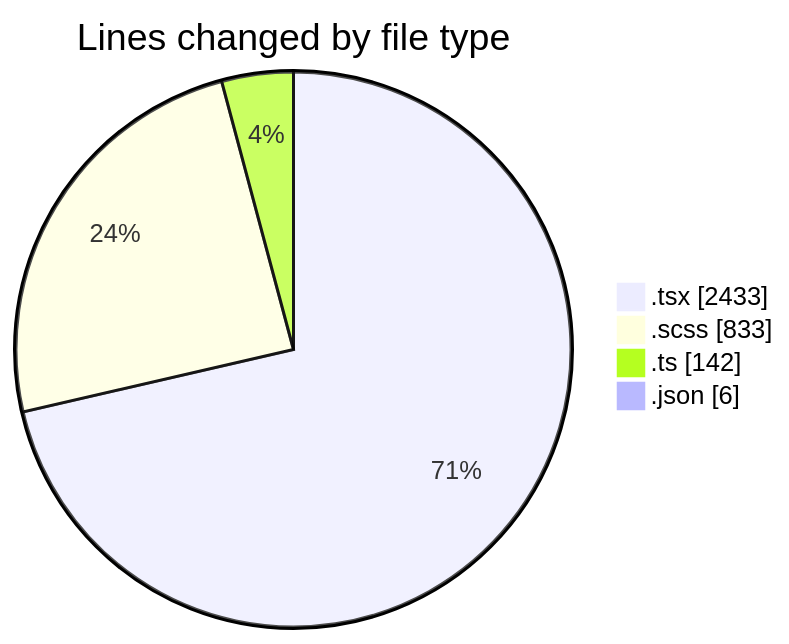
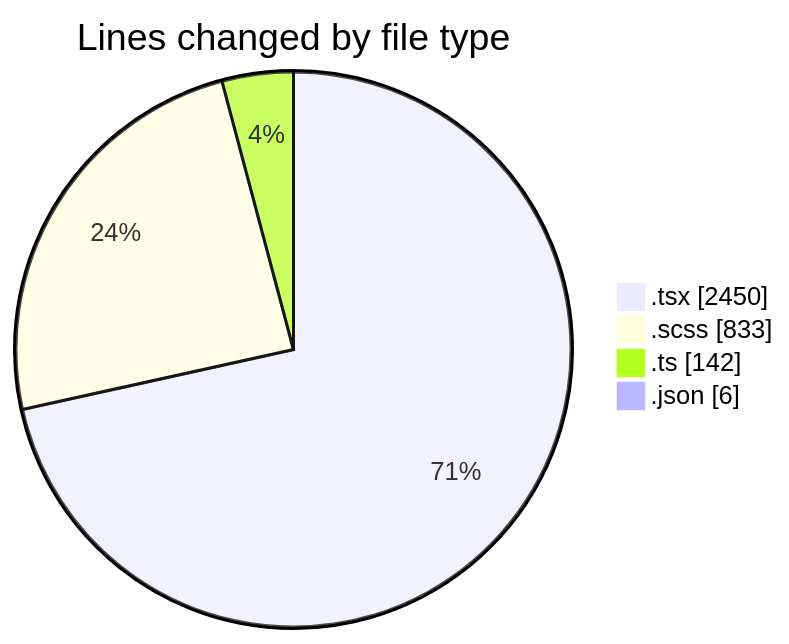
The first of 2 diagrams in 2025-10-06/cda/README.md (momahboobian/code-tracking), drawn with Mermaid before and after one commit. The commit also changed other lines of this file and 1 other file, not shown here.

````diff
--- a/2025-10-06/cda/README.md
+++ b/2025-10-06/cda/README.md
@@ -28,8 +28,8 @@
 ```mermaid
 pie showData
 title Lines changed by file type
-".tsx" : 2433
+".tsx" : 2450
 ".scss" : 833
 ".ts" : 142
 ".json" : 6
 ```
````
